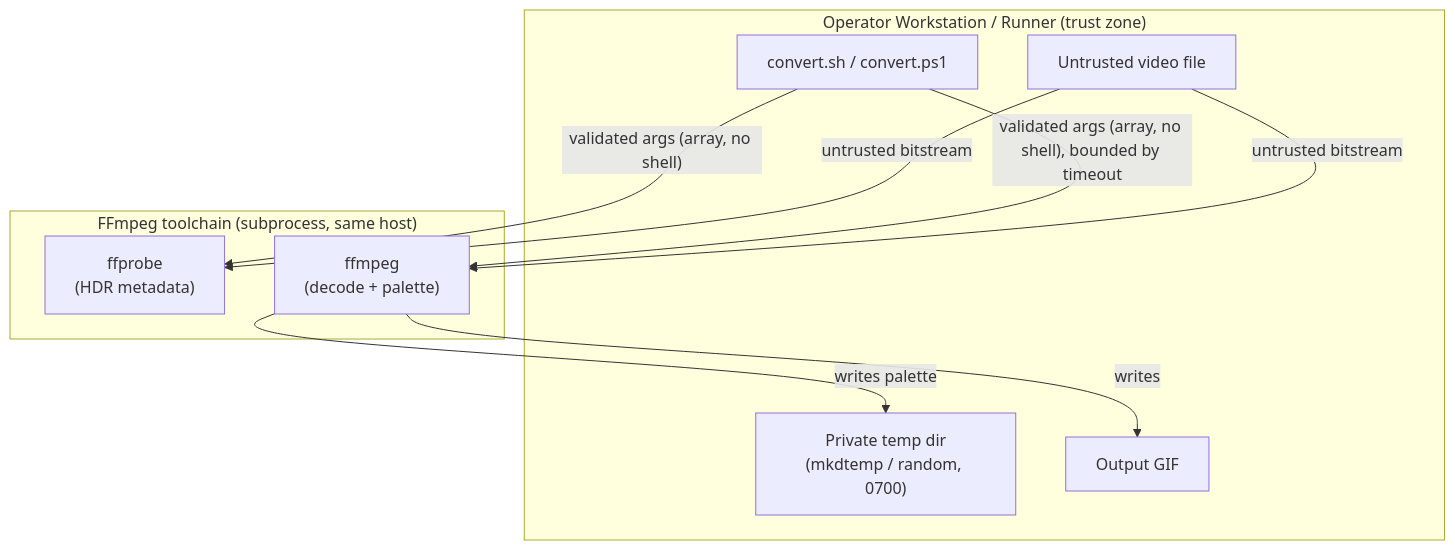
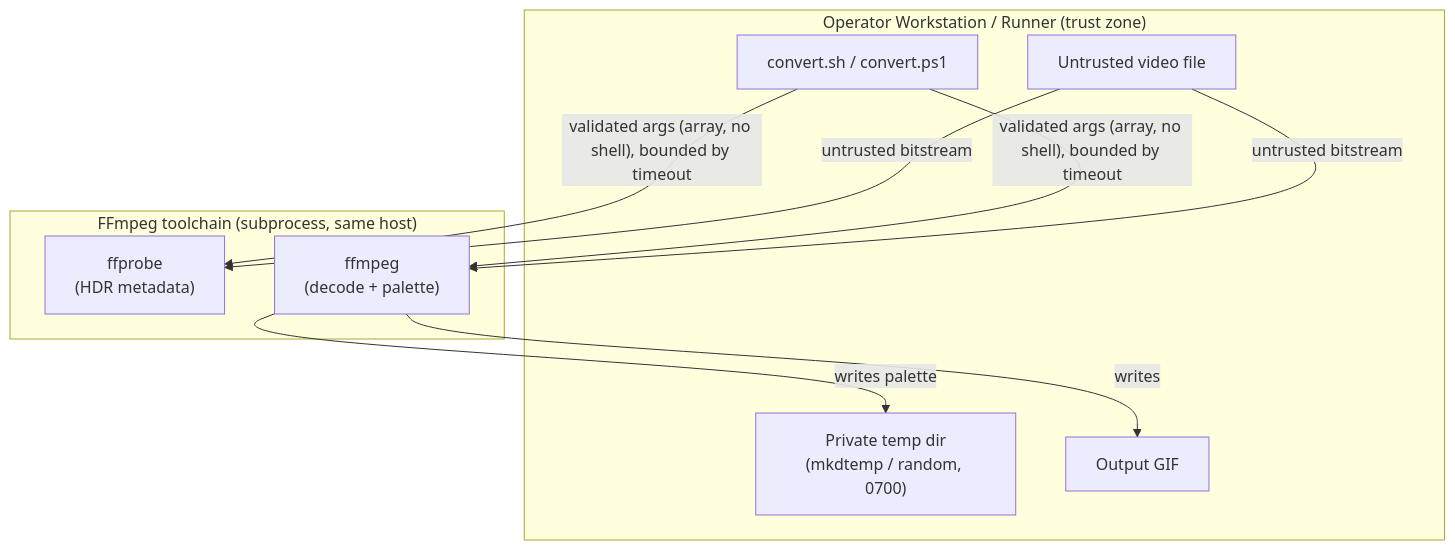
One commit to asiapartners/hve-innovation changed the diagram in .github/skills/experimental/video-to-gif/SECURITY.md. Above: the diagram before and after it, drawn with Mermaid. The commit also changed other lines of this file and 701 other files, not shown here.

````diff
--- a/.github/skills/experimental/video-to-gif/SECURITY.md
+++ b/.github/skills/experimental/video-to-gif/SECURITY.md
@@ -60,19 +60,19 @@
 ```mermaid
 flowchart TD
     subgraph HOST["Operator Workstation / Runner (trust zone)"]
         CLI["convert.sh / convert.ps1"]
         INPUT["Untrusted video file"]
         TMP["Private temp dir<br/>(mkdtemp / random, 0700)"]
         OUT["Output GIF"]
     end
     subgraph TOOLS["FFmpeg toolchain (subprocess, same host)"]
         FFPROBE["ffprobe<br/>(HDR metadata)"]
         FFMPEG["ffmpeg<br/>(decode + palette)"]
     end
-    CLI -->|"validated args (array, no shell)"| FFPROBE
+    CLI -->|"validated args (array, no shell), bounded by timeout"| FFPROBE
     CLI -->|"validated args (array, no shell), bounded by timeout"| FFMPEG
     INPUT -->|"untrusted bitstream"| FFPROBE
     INPUT -->|"untrusted bitstream"| FFMPEG
     FFMPEG -->|"writes palette"| TMP
     FFMPEG -->|"writes"| OUT
 ```
````
